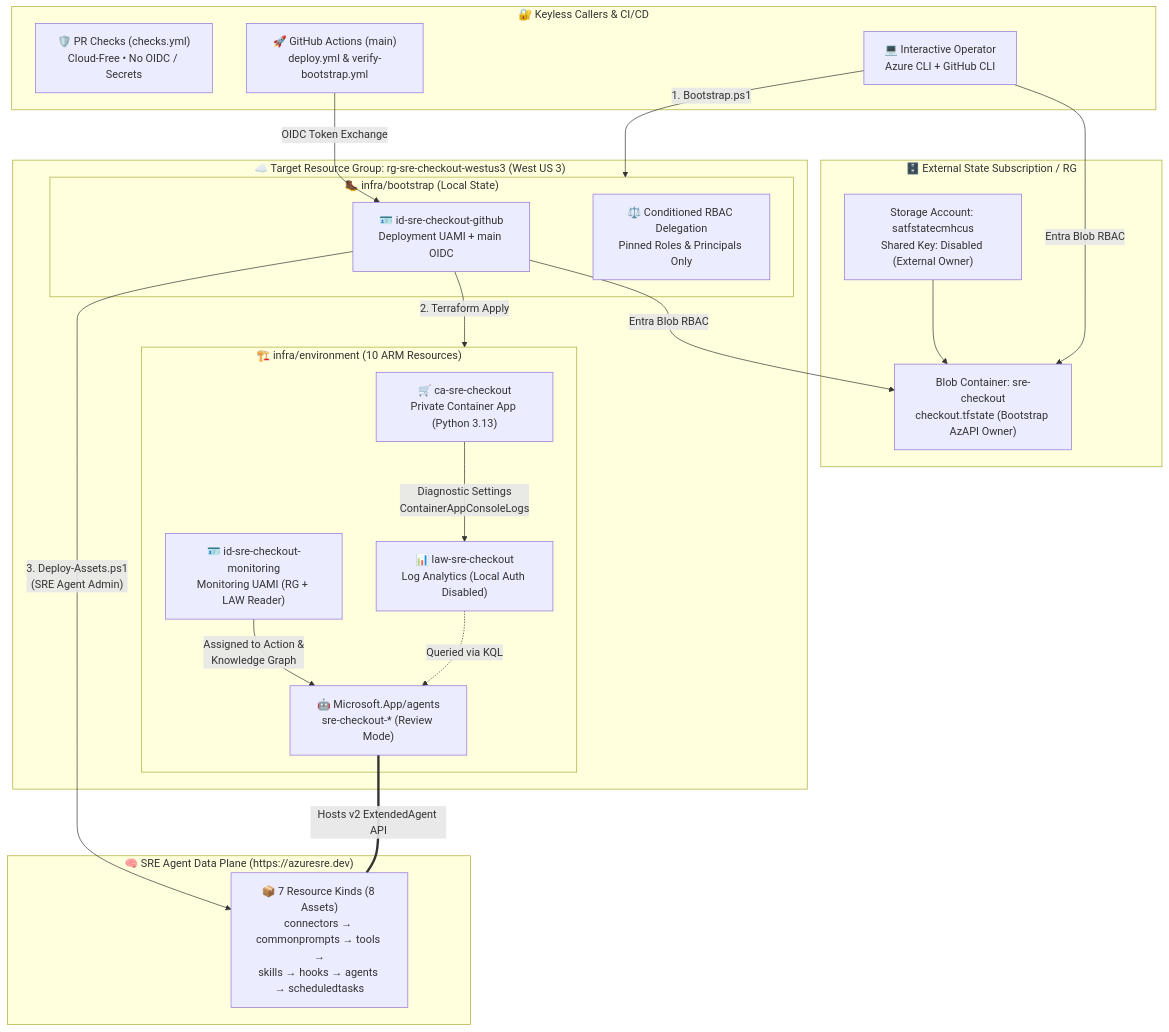
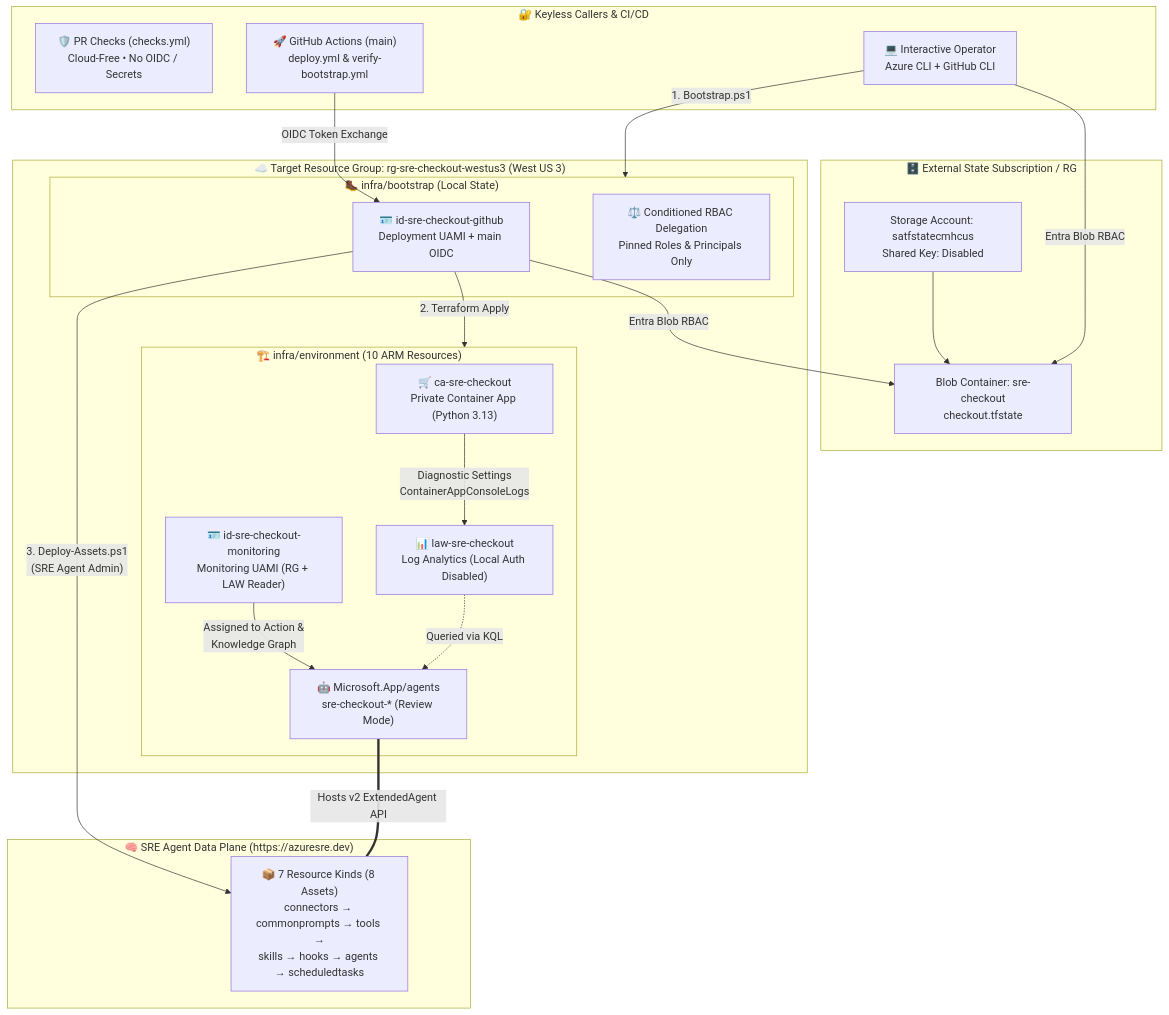
The first of 3 diagrams in README.md (christopherhouse/Azure-SRE-Agent-Deployment-Automation), drawn with Mermaid before and after one commit. The commit also changed other lines of this file and 1 other file, not shown here.

First line of the commit message:
docs: streamline README and remove single-owner contract section

````diff
--- a/README.md
+++ b/README.md
@@ -66,43 +49,43 @@
 ```mermaid
 flowchart TB
     subgraph Callers["🔐 Keyless Callers & CI/CD"]
         PR["🛡️ PR Checks (checks.yml)<br/>Cloud-Free • No OIDC / Secrets"]
         GHA["🚀 GitHub Actions (main)<br/>deploy.yml & verify-bootstrap.yml"]
         OP["💻 Interactive Operator<br/>Azure CLI + GitHub CLI"]
     end
 
     subgraph ExtState["🗄️ External State Subscription / RG"]
-        SA["Storage Account: satfstatecmhcus<br/>Shared Key: Disabled (External Owner)"]
-        SC["Blob Container: sre-checkout<br/>checkout.tfstate (Bootstrap AzAPI Owner)"]
+        SA["Storage Account: satfstatecmhcus<br/>Shared Key: Disabled"]
+        SC["Blob Container: sre-checkout<br/>checkout.tfstate"]
         SA --> SC
     end
 
     subgraph TargetRG["☁️ Target Resource Group: rg-sre-checkout-westus3 (West US 3)"]
         subgraph BootStack["🥾 infra/bootstrap (Local State)"]
             CI_ID["🪪 id-sre-checkout-github<br/>Deployment UAMI + main OIDC"]
             COND_RBAC["⚖️ Conditioned RBAC Delegation<br/>Pinned Roles & Principals Only"]
         end
 
         subgraph EnvStack["🏗️ infra/environment (10 ARM Resources)"]
             CA["🛒 ca-sre-checkout<br/>Private Container App (Python 3.13)"]
             LAW["📊 law-sre-checkout<br/>Log Analytics (Local Auth Disabled)"]
             MON_ID["🪪 id-sre-checkout-monitoring<br/>Monitoring UAMI (RG + LAW Reader)"]
             AGENT["🤖 Microsoft.App/agents<br/>sre-checkout-* (Review Mode)"]
             CA -->|"Diagnostic Settings<br/>ContainerAppConsoleLogs"| LAW
             MON_ID -->|"Assigned to Action &<br/>Knowledge Graph"| AGENT
             LAW -.->|"Queried via KQL"| AGENT
         end
     end
 
     subgraph DataPlane["🧠 SRE Agent Data Plane (https://azuresre.dev)"]
         DP_CAT["📦 7 Resource Kinds (8 Assets)<br/>connectors → commonprompts → tools →<br/>skills → hooks → agents → scheduledtasks"]
     end
 
     OP -->|"1. Bootstrap.ps1"| BootStack
     OP -->|"Entra Blob RBAC"| SC
     GHA -->|"OIDC Token Exchange"| CI_ID
     CI_ID -->|"Entra Blob RBAC"| SC
     CI_ID -->|"2. Terraform Apply"| EnvStack
     CI_ID -->|"3. Deploy-Assets.ps1<br/>(SRE Agent Admin)"| DP_CAT
     AGENT ===|"Hosts v2 ExtendedAgent API"| DP_CAT
 ```
````
